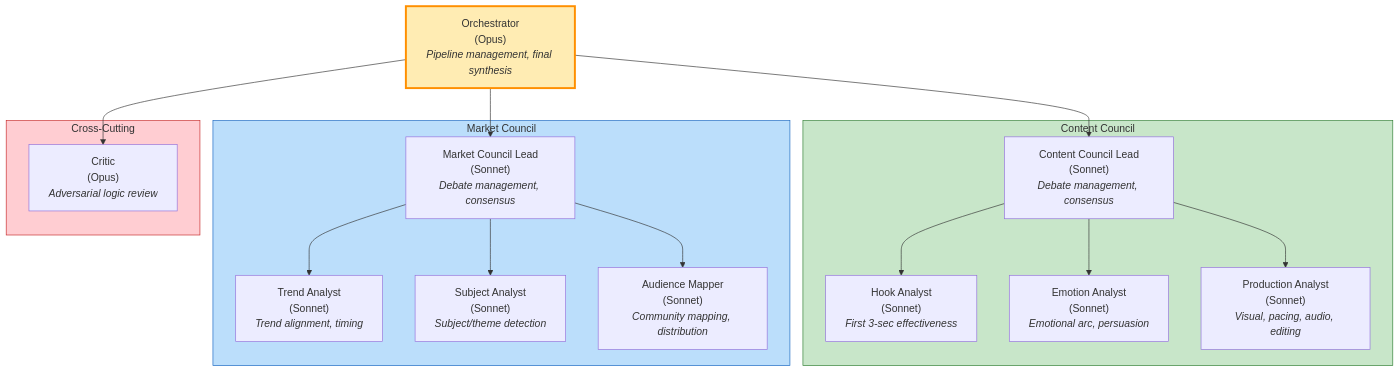
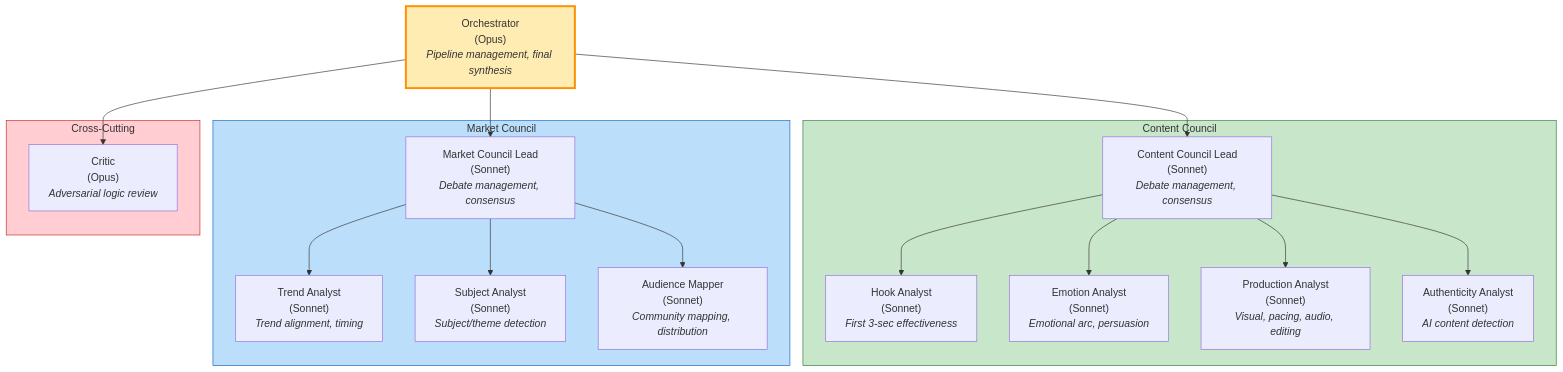
Before and after one commit to SacredWizard/themis: the third of 13 diagrams in design/ARCHITECTURE.md, drawn with Mermaid. The commit also changed other lines of this file and 3 other files, not shown here.

````diff
--- a/design/ARCHITECTURE.md
+++ b/design/ARCHITECTURE.md
@@ -161,39 +169,41 @@
 ```mermaid
 graph TB
     ORCH["Orchestrator<br/>(Opus)<br/><i>Pipeline management, final synthesis</i>"]
 
     subgraph ContentCouncil["Content Council"]
         CCL["Content Council Lead<br/>(Sonnet)<br/><i>Debate management, consensus</i>"]
         HA["Hook Analyst<br/>(Sonnet)<br/><i>First 3-sec effectiveness</i>"]
         EA["Emotion Analyst<br/>(Sonnet)<br/><i>Emotional arc, persuasion</i>"]
         PA["Production Analyst<br/>(Sonnet)<br/><i>Visual, pacing, audio, editing</i>"]
+        AuthA["Authenticity Analyst<br/>(Sonnet)<br/><i>AI content detection</i>"]
     end
 
     subgraph MarketCouncil["Market Council"]
         MCL["Market Council Lead<br/>(Sonnet)<br/><i>Debate management, consensus</i>"]
         TA["Trend Analyst<br/>(Sonnet)<br/><i>Trend alignment, timing</i>"]
         SA["Subject Analyst<br/>(Sonnet)<br/><i>Subject/theme detection</i>"]
         AM["Audience Mapper<br/>(Sonnet)<br/><i>Community mapping, distribution</i>"]
     end
 
     subgraph CrossCutting["Cross-Cutting"]
         CRITIC["Critic<br/>(Opus)<br/><i>Adversarial logic review</i>"]
     end
 
     ORCH --> CCL
     ORCH --> MCL
     ORCH --> CRITIC
 
     CCL --> HA
     CCL --> EA
     CCL --> PA
+    CCL --> AuthA
 
     MCL --> TA
     MCL --> SA
     MCL --> AM
 
     style ORCH fill:#ffecb3,stroke:#FF8F00,stroke-width:3px
     style ContentCouncil fill:#c8e6c9,stroke:#2E7D32
     style MarketCouncil fill:#bbdefb,stroke:#1565C0
     style CrossCutting fill:#ffcdd2,stroke:#C62828
 ```
````
